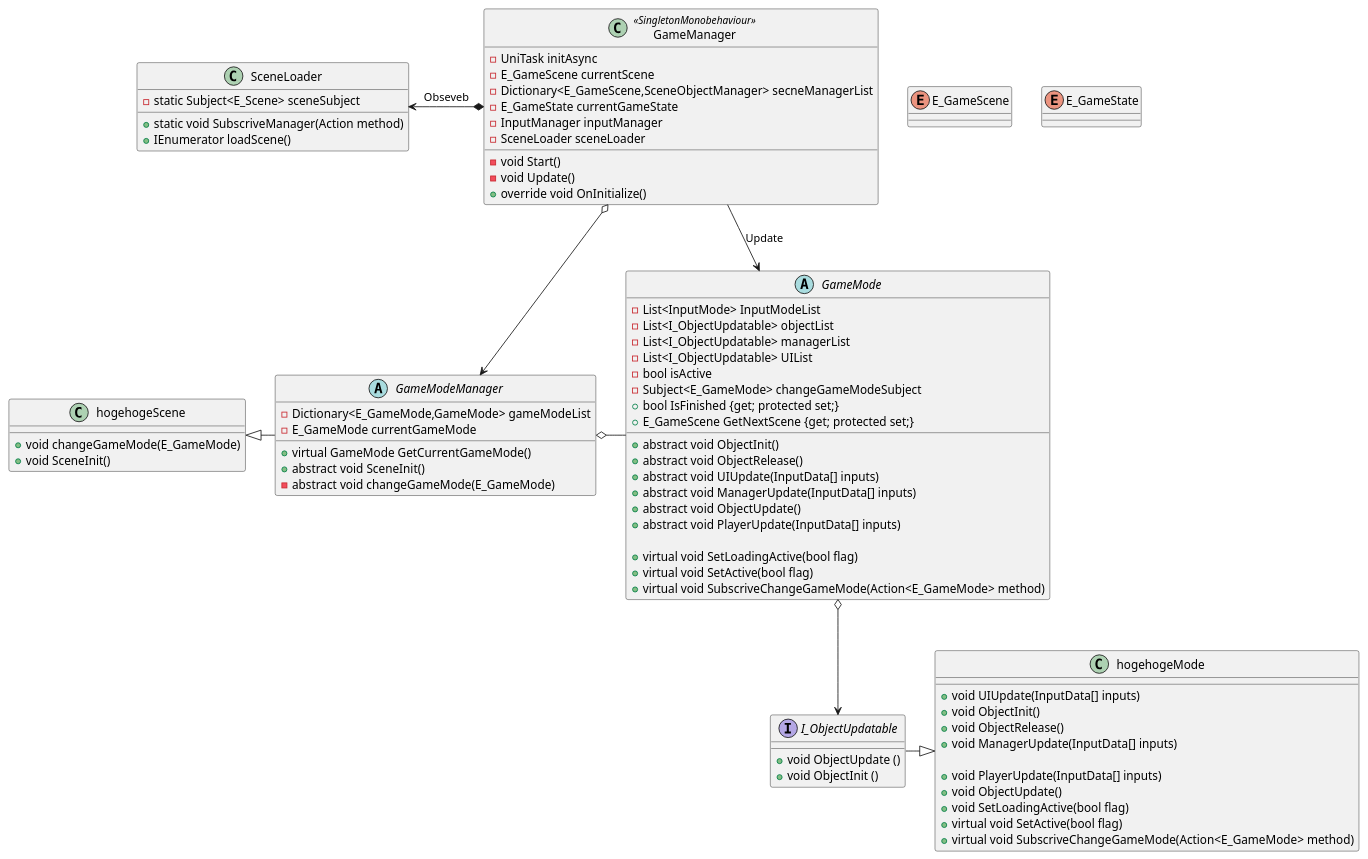
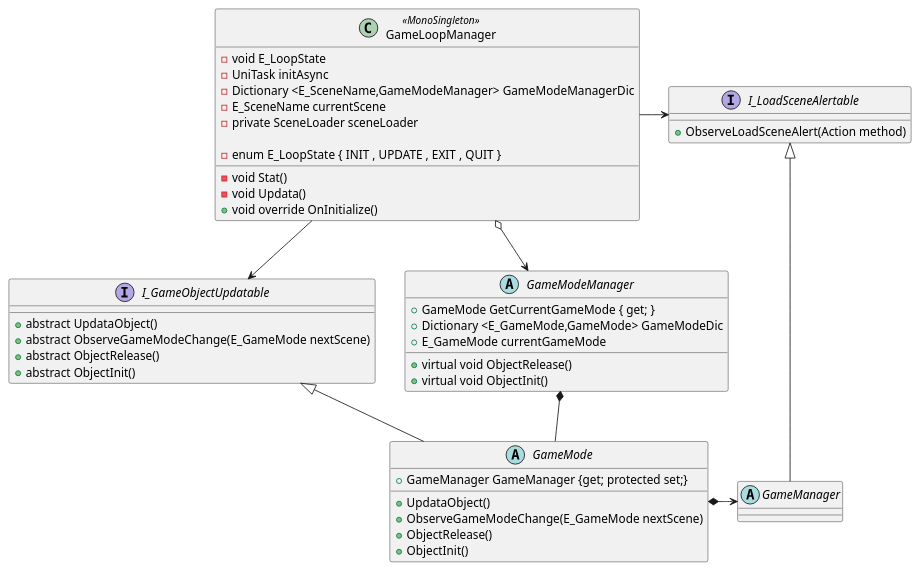
The diagram in Assets/Uml/Zunda/Class/GameManager.pu (tezumozu/Unity_tests), drawn with PlantUML before and after one commit. The commit also changed 1 other file, not shown here.

Commit message:
update uml GameManager

```diff
--- a/Assets/Uml/Zunda/Class/GameManager.pu
+++ b/Assets/Uml/Zunda/Class/GameManager.pu
@@ -1,100 +1,57 @@
 @startuml ゲーマネージャ
-class GameManager <<SingletonMonobehaviour>>{
+class GameLoopManager <<MonoSingleton>>{
+    - void E_LoopState
     - UniTask initAsync
-    - E_GameScene currentScene
-    - Dictionary<E_GameScene,SceneObjectManager> secneManagerList
-    - E_GameState currentGameState
-    - InputManager inputManager
-    - SceneLoader sceneLoader
+    - Dictionary <E_SceneName,GameModeManager> GameModeManagerDic
+    - E_SceneName currentScene
+    - private SceneLoader sceneLoader
+    - void Stat()
+    - void Updata()
+    + void override OnInitialize()
 
-    - void Start()
-    - void Update()
-    + override void OnInitialize()
+    - enum E_LoopState { INIT , UPDATE , EXIT , QUIT }
+}
+
+
+abstract GameModeManager {
+    + GameMode GetCurrentGameMode { get; }
+    + Dictionary <E_GameMode,GameMode> GameModeDic
+    + E_GameMode currentGameMode
+
+    + virtual void ObjectRelease()
+    + virtual void ObjectInit()
+}
+
+interface I_GameObjectUpdatable{
+    + abstract UpdataObject()
+    + abstract ObserveGameModeChange(E_GameMode nextScene)
+    + abstract ObjectRelease()
+    + abstract ObjectInit()
+}
+
+abstract GameMode {
+    + GameManager GameManager {get; protected set;}
+
+    + UpdataObject()
+    + ObserveGameModeChange(E_GameMode nextScene)
+    + ObjectRelease()
+    + ObjectInit()
+}
+
+interface I_LoadSceneAlertable {
+    + ObserveLoadSceneAlert(Action method)
+}
+
+abstract class GameManager{
 
 }
 
+GameLoopManager --> I_GameObjectUpdatable
+GameLoopManager o--> GameModeManager
+GameLoopManager -right-> I_LoadSceneAlertable
+GameModeManager *-right- GameMode
+GameManager -up-|> I_LoadSceneAlertable
+GameMode -up-|> I_GameObjectUpdatable
+GameMode *-right-> GameManager
 
-abstract class GameModeManager {
-    - Dictionary<E_GameMode,GameMode> gameModeList
-    - E_GameMode currentGameMode
-
-    + virtual GameMode GetCurrentGameMode()
-    + abstract void SceneInit()
-    - abstract void changeGameMode(E_GameMode)
-}
-
-class hogehogeScene{
-
-    + void changeGameMode(E_GameMode)
-    + void SceneInit()
-}
-
-
-abstract class GameMode{
-    - List<InputMode> InputModeList
-    -List<I_ObjectUpdatable> objectList
-    -List<I_ObjectUpdatable> managerList
-    -List<I_ObjectUpdatable> UIList
-    - bool isActive
-    - Subject<E_GameMode> changeGameModeSubject
-    + bool IsFinished {get; protected set;}
-    + E_GameScene GetNextScene {get; protected set;}
-
-    + abstract void ObjectInit()
-    + abstract void ObjectRelease()
-    + abstract void UIUpdate(InputData[] inputs)
-    + abstract void ManagerUpdate(InputData[] inputs)
-    + abstract void ObjectUpdate()
-    + abstract void PlayerUpdate(InputData[] inputs)
-
-    + virtual void SetLoadingActive(bool flag)
-    + virtual void SetActive(bool flag)
-    + virtual void SubscriveChangeGameMode(Action<E_GameMode> method)
-}
-
-class hogehogeMode{
-    + void UIUpdate(InputData[] inputs)
-    + void ObjectInit()
-    + void ObjectRelease()
-    + void ManagerUpdate(InputData[] inputs)
-
-    + void PlayerUpdate(InputData[] inputs)
-    + void ObjectUpdate()
-    + void SetLoadingActive(bool flag)
-    + virtual void SetActive(bool flag)
-    + virtual void SubscriveChangeGameMode(Action<E_GameMode> method)
-
-
-}
-
-interface I_ObjectUpdatable {
-    + void ObjectUpdate ()
-    + void ObjectInit ()
-}
-
-class SceneLoader{
-    - static Subject<E_Scene> sceneSubject
-
-    + static void SubscriveManager(Action method)
-    + IEnumerator loadScene()
-}
-
-enum E_GameScene{
-
-}
-
-enum E_GameState{
-
-}
-
-
-GameManager *-left-> SceneLoader : Obseveb
-GameManager -right-> GameMode : Update
-GameManager o--> GameModeManager
-
-GameModeManager o-right- GameMode
-hogehogeScene <|-right- GameModeManager
-
-GameMode o--> I_ObjectUpdatable
-hogehogeMode <|-left- I_ObjectUpdatable
 @enduml
```
